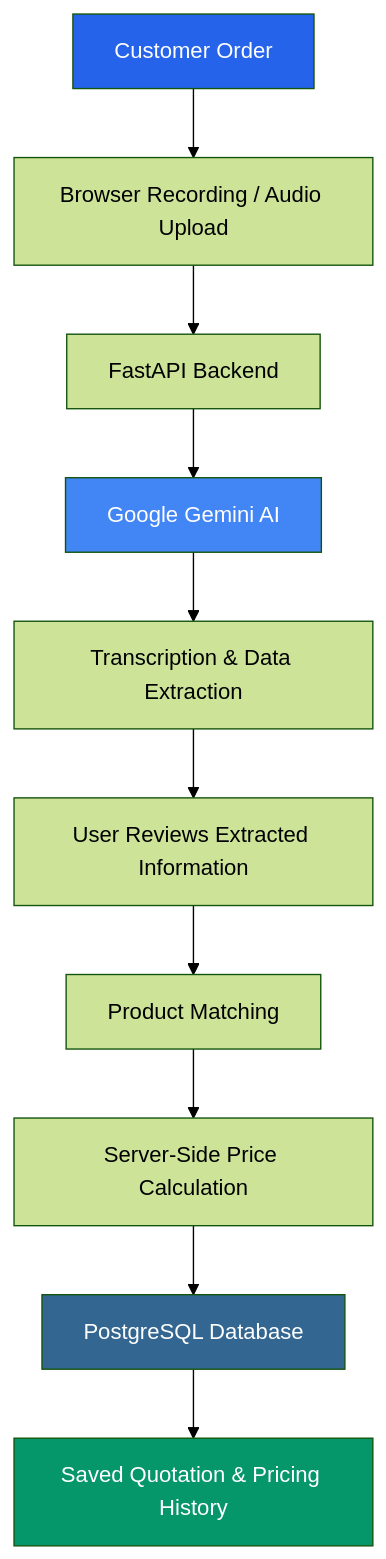
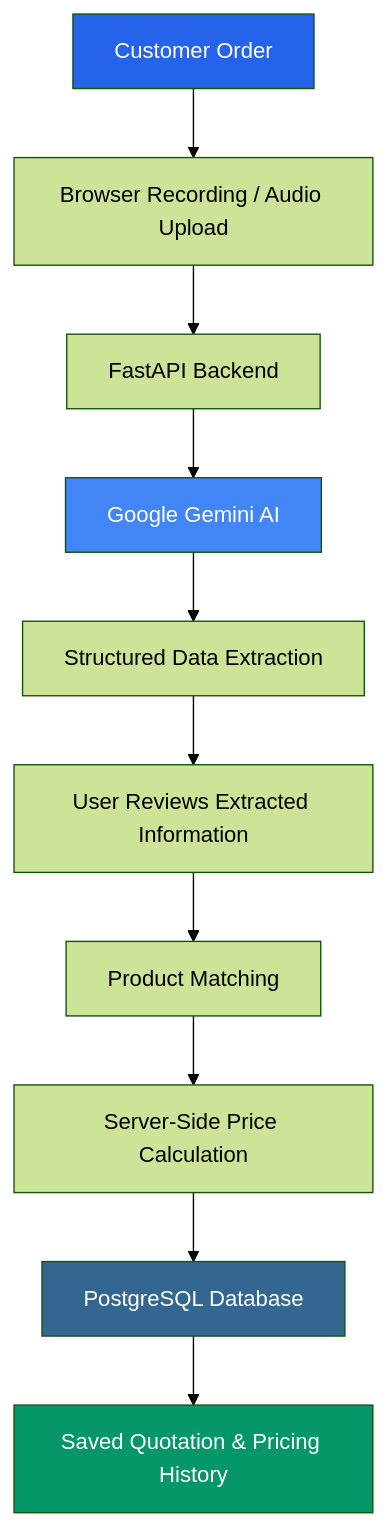
One commit to WaheedAbbas199/Voice-based-pricing-automation changed the diagram in README.md. Above: the diagram before and after it, drawn with Mermaid (forest theme). The commit also changed other lines of this file, not shown here.

````diff
--- a/README.md
+++ b/README.md
@@ -110,17 +101,17 @@
 ```mermaid
 flowchart TD
     A["Customer Order"] --> B["Browser Recording / Audio Upload"]
     B --> C["FastAPI Backend"]
     C --> D["Google Gemini AI"]
-    D --> E["Transcription & Data Extraction"]
+    D --> E["Structured Data Extraction"]
     E --> F["User Reviews Extracted Information"]
     F --> G["Product Matching"]
     G --> H["Server-Side Price Calculation"]
     H --> I["PostgreSQL Database"]
     I --> J["Saved Quotation & Pricing History"]
 
     style A fill:#2563eb,color:#fff
     style D fill:#4285f4,color:#fff
     style I fill:#336791,color:#fff
     style J fill:#059669,color:#fff
 ```
````
